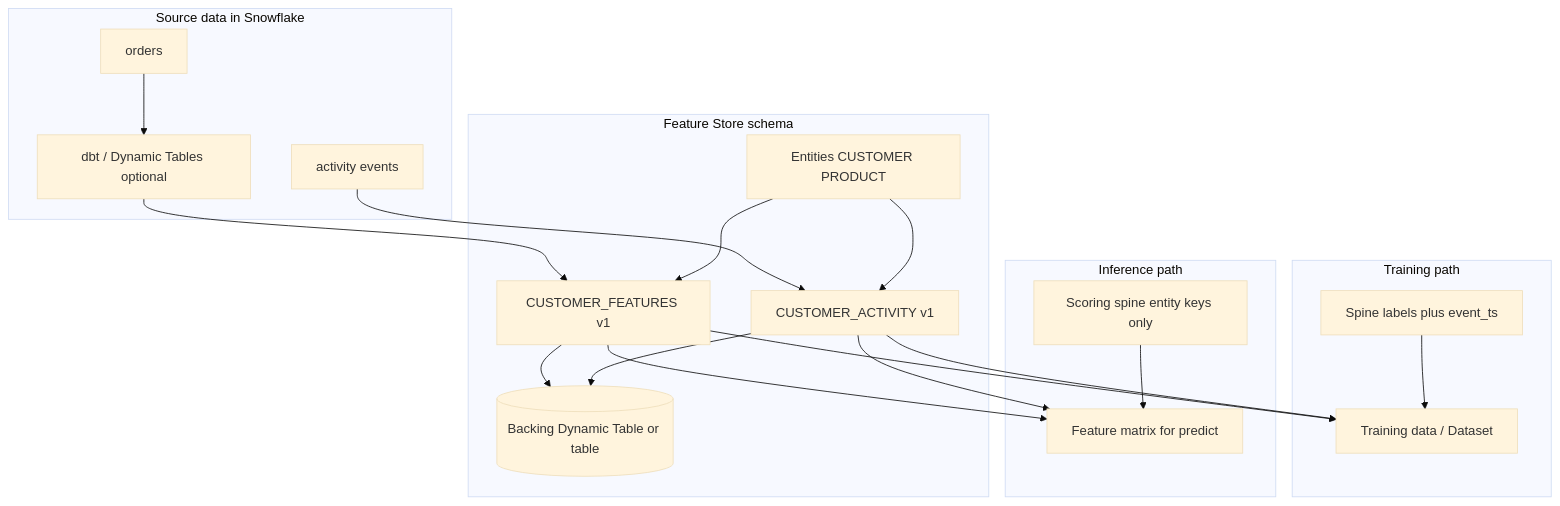
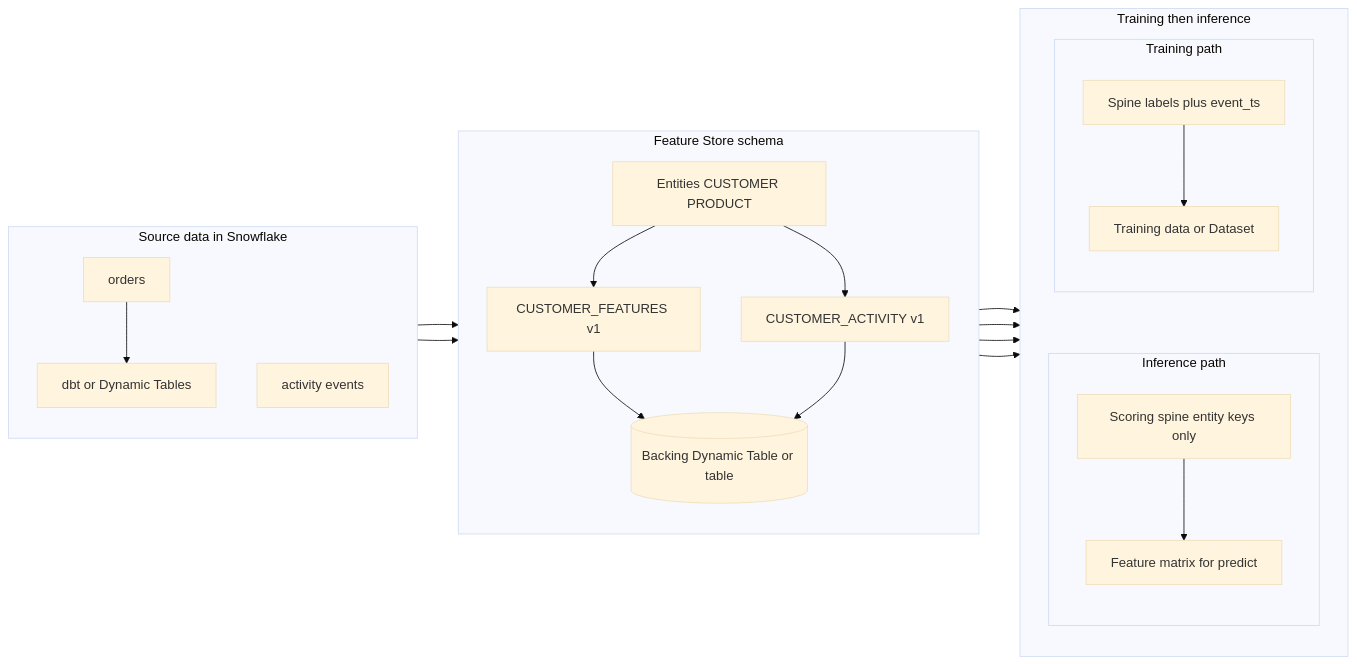
Before and after one commit to Snowflake-Labs/snowflakeR: the first of 2 diagrams in guide/Hitchhikers_Guide_to_R_in_Snowflake/17_feature_store/index.qmd, drawn with Mermaid (base theme). The commit also changed other lines of this file and 61 other files, not shown here.

````diff
--- a/guide/Hitchhikers_Guide_to_R_in_Snowflake/17_feature_store/index.qmd
+++ b/guide/Hitchhikers_Guide_to_R_in_Snowflake/17_feature_store/index.qmd
@@ -61,38 +61,46 @@
 ```{mermaid}
-flowchart TB
+flowchart LR
   subgraph sources [Source data in Snowflake]
+    direction TB
     ORD[orders]
+    DBT[dbt or Dynamic Tables]
     ACT[activity events]
-    DBT[dbt / Dynamic Tables optional]
+    ORD --> DBT
   end
 
   subgraph fs [Feature Store schema]
+    direction TB
     ENT[Entities CUSTOMER PRODUCT]
     FV1[CUSTOMER_FEATURES v1]
     FV2[CUSTOMER_ACTIVITY v1]
     DT[(Backing Dynamic Table or table)]
+    ENT --> FV1
+    ENT --> FV2
+    FV1 --> DT
+    FV2 --> DT
   end
 
-  subgraph train [Training path]
-    SPINE[Spine labels plus event_ts]
-    TD[Training data / Dataset]
+  subgraph paths [Training then inference]
+    direction TB
+    subgraph train [Training path]
+      direction TB
+      SPINE[Spine labels plus event_ts]
+      TD[Training data or Dataset]
+      SPINE --> TD
+    end
+    subgraph infer [Inference path]
+      direction TB
+      SCORE[Scoring spine entity keys only]
+      FEAT[Feature matrix for predict]
+      SCORE --> FEAT
+    end
+    TD ~~~ SCORE
   end
 
-  subgraph infer [Inference path]
-    SCORE[Scoring spine entity keys only]
-    FEAT[Feature matrix for predict]
-  end
-
-  ORD --> DBT --> FV1
+  DBT --> FV1
   ACT --> FV2
-  FV1 --> DT
-  FV2 --> DT
-  ENT --> FV1
-  ENT --> FV2
-  SPINE --> TD
   FV1 --> TD
   FV2 --> TD
-  SCORE --> FEAT
   FV1 --> FEAT
   FV2 --> FEAT
 ```
````
